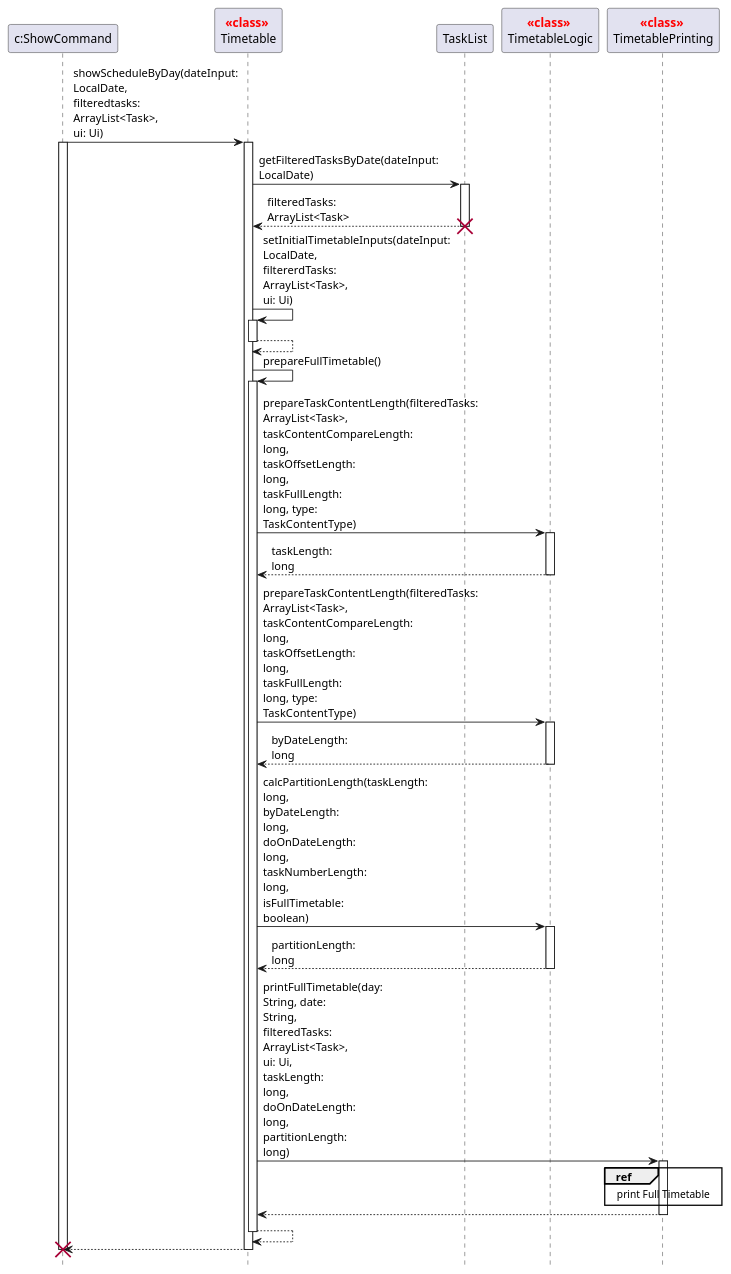
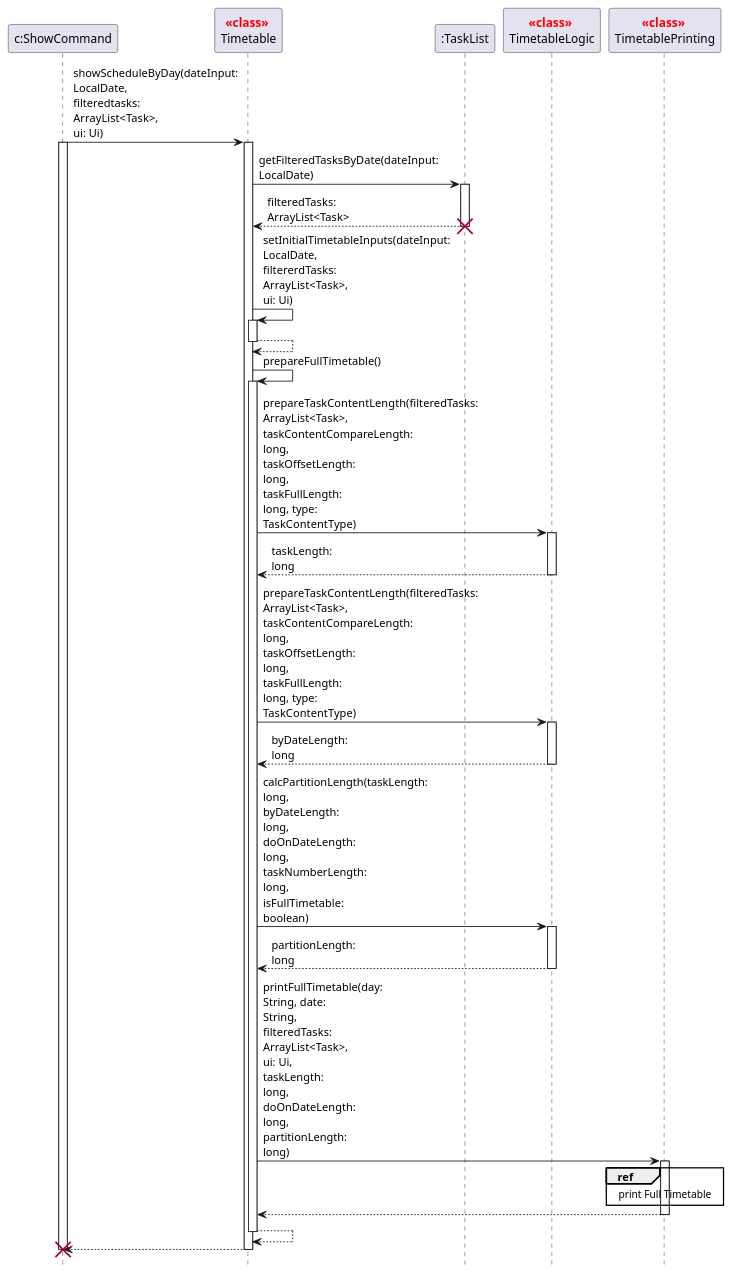
The diagram in docs/puml/ShowScheduleForADateSDTwo.puml (nus-cs2113-AY2122S2/tp), drawn with PlantUML before and after one commit. The commit also changed 4 other files, not shown here.

```diff
--- a/docs/puml/ShowScheduleForADateSDTwo.puml
+++ b/docs/puml/ShowScheduleForADateSDTwo.puml
@@ -1,67 +1,67 @@
 @startuml
 skinparam maxMessageSize 80
 
 hide footbox
 participant "c:ShowCommand" as ShowCommand
 participant "<font color=red>**<<class>>** \nTimetable" as Timetable
-participant "TaskList" as TaskList
+participant ":TaskList" as TaskList
 participant "<font color=red>**<<class>>** \nTimetableLogic" as TimetableLogic
 participant "<font color=red>**<<class>>** \nTimetablePrinting" as TimetablePrinting
 
 
 
 ShowCommand -> Timetable: showScheduleByDay(dateInput: LocalDate, filteredtasks: ArrayList<Task>, ui: Ui)
 activate ShowCommand
 
 activate Timetable
 
 Timetable -> TaskList: getFilteredTasksByDate(dateInput: LocalDate)
 activate TaskList
 TaskList --> Timetable: filteredTasks: ArrayList<Task>
 deactivate TaskList
 destroy TaskList
 
 Timetable -> Timetable: setInitialTimetableInputs(dateInput: LocalDate, filtererdTasks: ArrayList<Task>, ui: Ui)
 activate Timetable
 Timetable --> Timetable
 deactivate Timetable
 Timetable -> Timetable: prepareFullTimetable()
 activate Timetable
 
 Timetable -> TimetableLogic: prepareTaskContentLength(filteredTasks: ArrayList<Task>, taskContentCompareLength: long, taskOffsetLength: long, taskFullLength: long, type: TaskContentType)
 activate TimetableLogic
 
 TimetableLogic --> Timetable: taskLength: long
 deactivate TimetableLogic
 
 Timetable -> TimetableLogic: prepareTaskContentLength(filteredTasks: ArrayList<Task>, taskContentCompareLength: long, taskOffsetLength: long, taskFullLength: long, type: TaskContentType)
 activate TimetableLogic
 
 TimetableLogic --> Timetable: byDateLength: long
 deactivate TimetableLogic
 
 Timetable -> TimetableLogic: calcPartitionLength(taskLength: long, byDateLength: long, doOnDateLength: long, taskNumberLength: long, isFullTimetable: boolean)
 activate TimetableLogic
 
 TimetableLogic --> Timetable: partitionLength: long
 deactivate TimetableLogic
 
 Timetable -> TimetablePrinting: printFullTimetable(day: String, date: String, filteredTasks: ArrayList<Task>, ui: Ui, taskLength: long, doOnDateLength: long, partitionLength: long)
 activate TimetablePrinting
 
 ref over TimetablePrinting: print Full Timetable
 
 TimetablePrinting --> Timetable
 deactivate TimetablePrinting
 
 Timetable --> Timetable
 deactivate Timetable
 
 Timetable --> ShowCommand
 deactivate Timetable
 
 deactivate ShowCommand
 
 destroy ShowCommand
 
 @enduml
```
